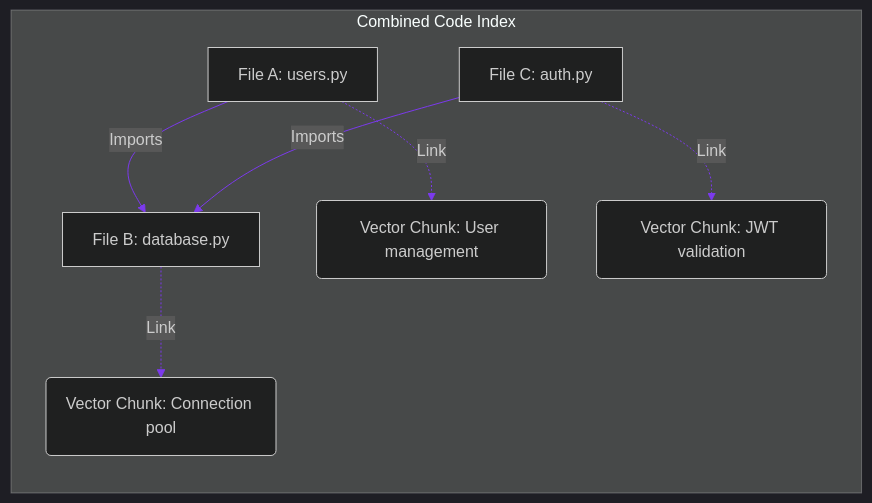
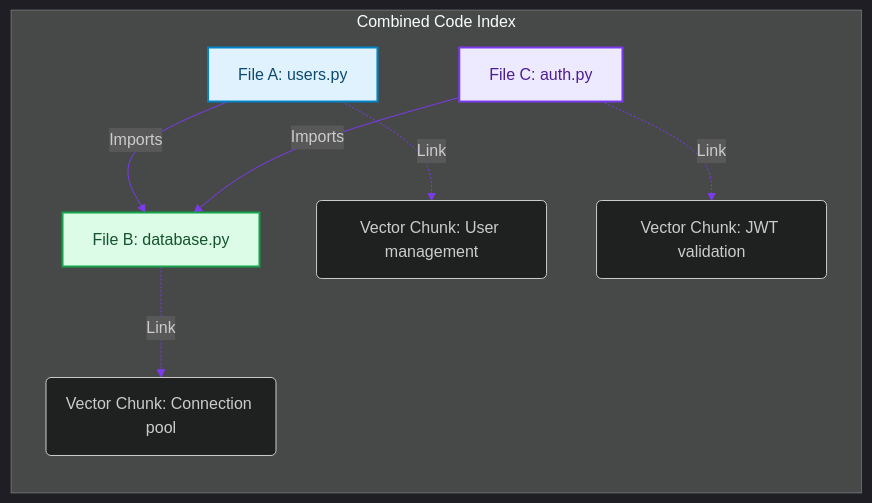
The diagram in blog/posts/codebase-semantic-graph-indexing-dependency-trees.md (akmalkhaniub/akmalkhaniub.github.io), drawn with Mermaid before and after one commit. The commit also changed other lines of this file and 1291 other files, not shown here.

First line of the commit message:
feat(catalog): unique covers, scholarly references, and diagram palettes

````diff
--- a/blog/posts/codebase-semantic-graph-indexing-dependency-trees.md
+++ b/blog/posts/codebase-semantic-graph-indexing-dependency-trees.md
@@ -17,13 +17,22 @@
 ```mermaid
 %%{init: {'theme': 'dark', 'themeVariables': { 'primaryColor': '#7c3aed', 'primaryTextColor': '#f3f4f6', 'primaryBorderColor': '#a78bfa', 'lineColor': '#7c3aed', 'secondaryColor': '#111827', 'tertiaryColor': '#0b0f19'}}}%%
 flowchart TD
     subgraph SG1_CombinedCodeIndex ["Combined Code Index"]
         direction TB
-        FileA[File A: users.py] -->|Imports| FileB[File B: database.py]
-        FileC[File C: auth.py] -->|Imports| FileB
+        FileA["File A: users.py"] -->|Imports| FileB["File B: database.py"]
+        FileC["File C: auth.py"] -->|Imports| FileB
         
         FileA -.->|Link| VecA(Vector Chunk: User management)
         FileB -.->|Link| VecB(Vector Chunk: Connection pool)
         FileC -.->|Link| VecC(Vector Chunk: JWT validation)
     end
+
+classDef green fill:#dcfce7,stroke:#16a34a,stroke-width:2px,color:#14532d;
+classDef red fill:#fee2e2,stroke:#dc2626,stroke-width:2px,color:#7f1d1d;
+classDef blue fill:#e0f2fe,stroke:#0284c7,stroke-width:2px,color:#0c4a6e;
+classDef yellow fill:#fef3c7,stroke:#d97706,stroke-width:2px,color:#78350f;
+classDef purple fill:#ede9fe,stroke:#7c3aed,stroke-width:2px,color:#4c1d95;
+class FileA blue
+class FileB green
+class FileC purple
 ```
````
